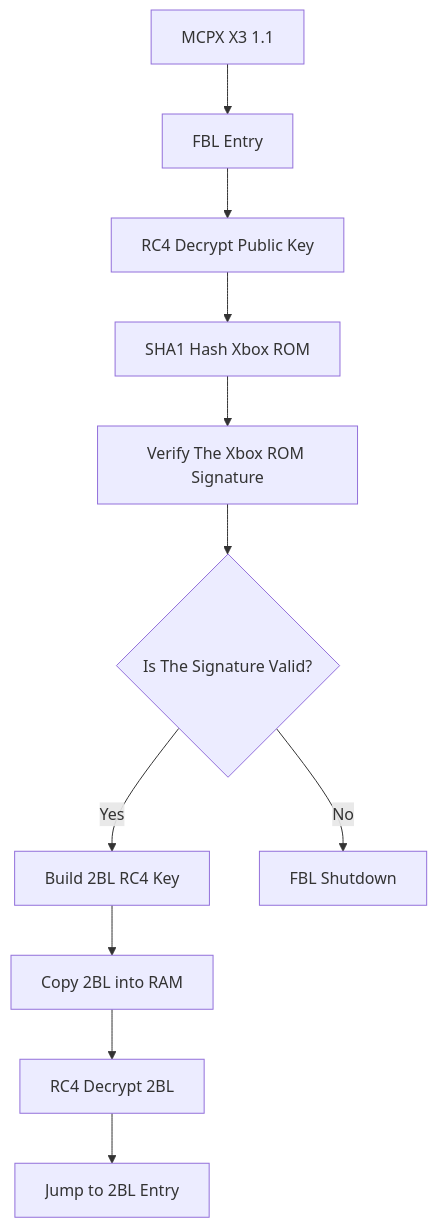
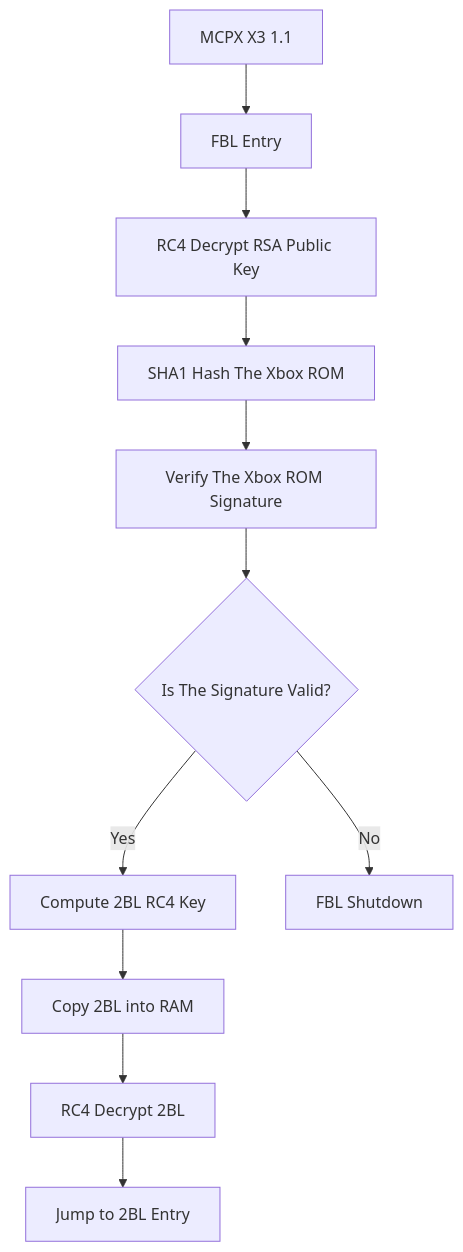
Before and after one commit to tommojphillips/XboxBiosTool: the diagram in boot_state_diagram_fbl.md, drawn with Mermaid.

````diff
--- a/boot_state_diagram_fbl.md
+++ b/boot_state_diagram_fbl.md
@@ -2,24 +2,24 @@
 ```mermaid
 flowchart TB
 
 MCPX_REV1[MCPX X3 1.1]-->FBL_ENTRY
 
 FBL_ENTRY[FBL Entry]-->DECRYPT_PK
-DECRYPT_PK[RC4 Decrypt Public Key]-->HASH_XBOX_ROM
-HASH_XBOX_ROM[SHA1 Hash Xbox ROM]-->PK_SIGNATURE
+DECRYPT_PK[RC4 Decrypt RSA Public Key]-->HASH_XBOX_ROM
+HASH_XBOX_ROM[SHA1 Hash The Xbox ROM]-->PK_SIGNATURE
 
 PK_SIGNATURE[Verify The Xbox ROM Signature]-->IS_SIGNATURE_VALID{Is The Signature Valid?}
 IS_SIGNATURE_VALID-->|Yes|BLD_2BL_KEY
 IS_SIGNATURE_VALID-->|No|SHUTDOWN
 
-BLD_2BL_KEY[Build 2BL RC4 Key]-->COPY_2BL
+BLD_2BL_KEY[Compute 2BL RC4 Key]-->COPY_2BL
 COPY_2BL[Copy 2BL into RAM]-->DECRYPT_2BL
 DECRYPT_2BL[RC4 Decrypt 2BL]-->2BL_ENTRY
 
 SHUTDOWN[FBL Shutdown]
 2BL_ENTRY[Jump to 2BL Entry]
 
 click 2BL_ENTRY "https://github.com/tommojphillips/XboxBiosTool/blob/master/boot_state_diagram_2bl.md"
 click MCPX_REV1 "https://github.com/tommojphillips/XboxBiosTool/blob/master/boot_state_diagram_mcpx_rev1.md"
 
 ```
````
